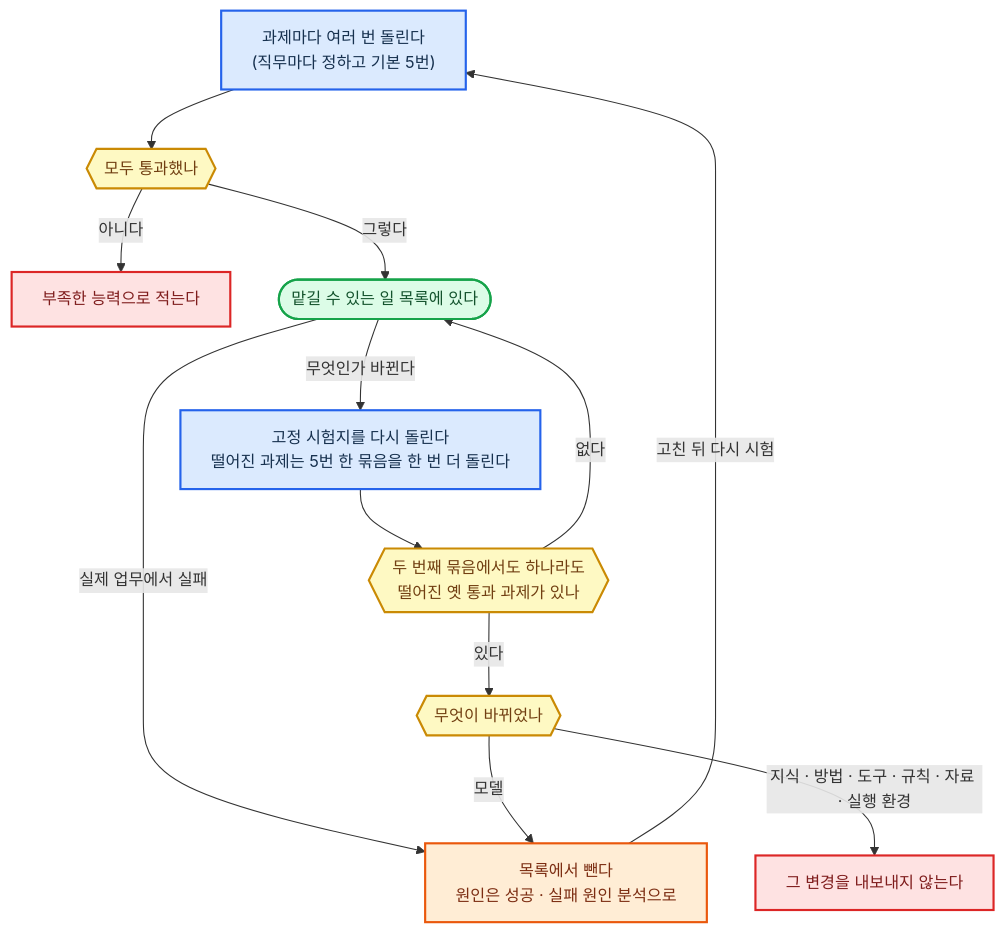
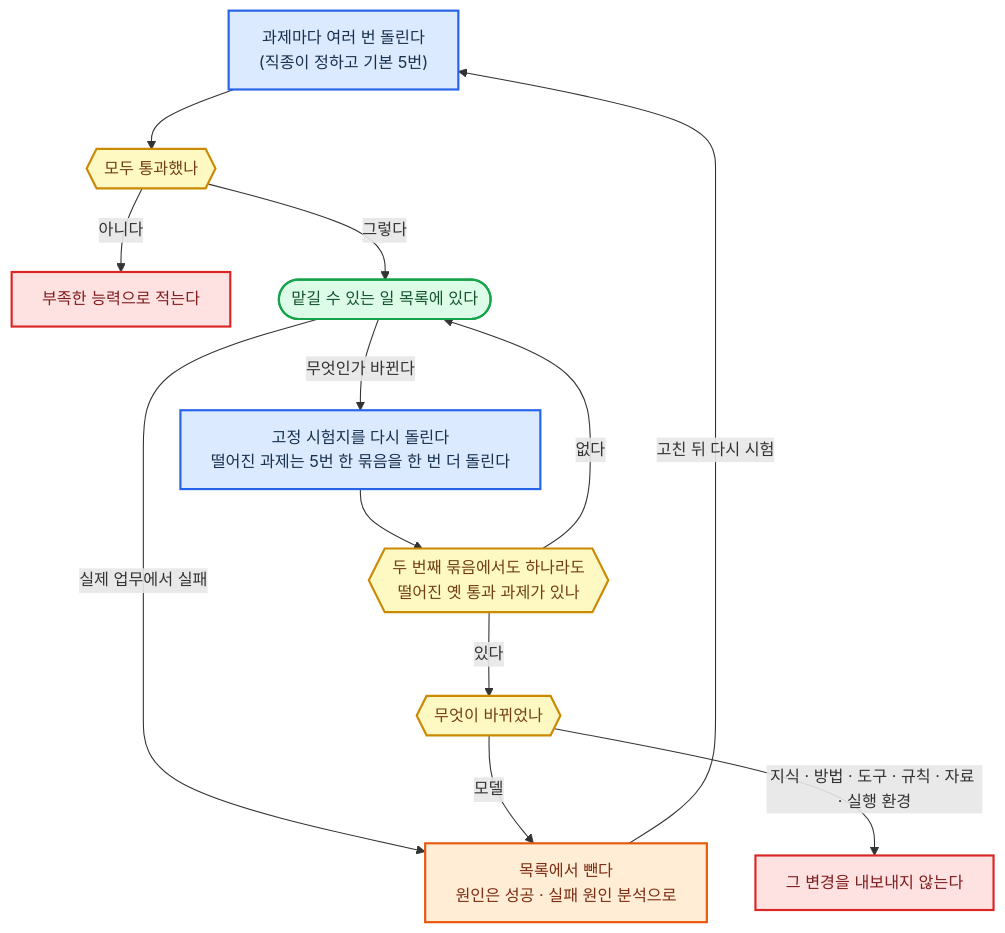
Before and after one commit to harisbaguette/expert: diagram 24 of 26 in 전문가 에이전트 정의 2.md, drawn with Mermaid. The commit also changed other lines of this file, not shown here.

Commit message:
정의 2 — AI 모델 교체 행에서 업무 능력 시험으로 모델을 가르는 문장을 빼고, 분리 실행 ①에 직종 공통 폴더 읽기 예외를 넣고, 재료 절의 '직무마다 정한다'를 '직종이 정한다'로 통일

````diff
--- a/전문가 에이전트 정의 2.md
+++ b/전문가 에이전트 정의 2.md
@@ -2751,18 +2751,18 @@
 ```mermaid
 %%{init: {"flowchart": {"wrappingWidth": 640, "curve": "basis", "nodeSpacing": 45, "rankSpacing": 55, "padding": 14, "useMaxWidth": true}, "themeVariables": {"fontSize": "15px"}} }%%
 flowchart TB
-    T["과제마다 여러 번 돌린다<br/>(직무마다 정하고 기본 5번)"]:::main --> P{{"모두 통과했나"}}:::note
+    T["과제마다 여러 번 돌린다<br/>(직종이 정하고 기본 5번)"]:::main --> P{{"모두 통과했나"}}:::note
     P -- "아니다" --> NO["부족한 능력으로 적는다"]:::stop
     P -- "그렇다" --> IN(["맡길 수 있는 일 목록에 있다"]):::good
     IN -- "실제 업무에서 실패" --> OUT["목록에서 뺀다<br/>원인은 성공 · 실패 원인 분석으로"]:::back -- "고친 뒤 다시 시험" --> T
     IN -- "무엇인가 바뀐다" --> CH["고정 시험지를 다시 돌린다<br/>떨어진 과제는 5번 한 묶음을 한 번 더 돌린다"]:::main --> D{{"두 번째 묶음에서도 하나라도<br/>떨어진 옛 통과 과제가 있나"}}:::note
     D -- "없다" --> IN
     D -- "있다" --> K{{"무엇이 바뀌었나"}}:::note
     K -- "모델" --> OUT
     K -- "지식 · 방법 · 도구 · 규칙 · 자료 · 실행 환경" --> BLOCK["그 변경을 내보내지 않는다"]:::stop
     classDef main fill:#dbeafe,stroke:#2563eb,stroke-width:2px,color:#17314f
     classDef stop fill:#fee2e2,stroke:#dc2626,stroke-width:2px,color:#7f1d1d
     classDef back fill:#ffedd5,stroke:#ea580c,stroke-width:2px,color:#7c2d12
     classDef good fill:#dcfce7,stroke:#16a34a,stroke-width:2px,color:#14532d
     classDef note fill:#fef9c3,stroke:#ca8a04,stroke-width:2px,color:#713f12
 ```
````
